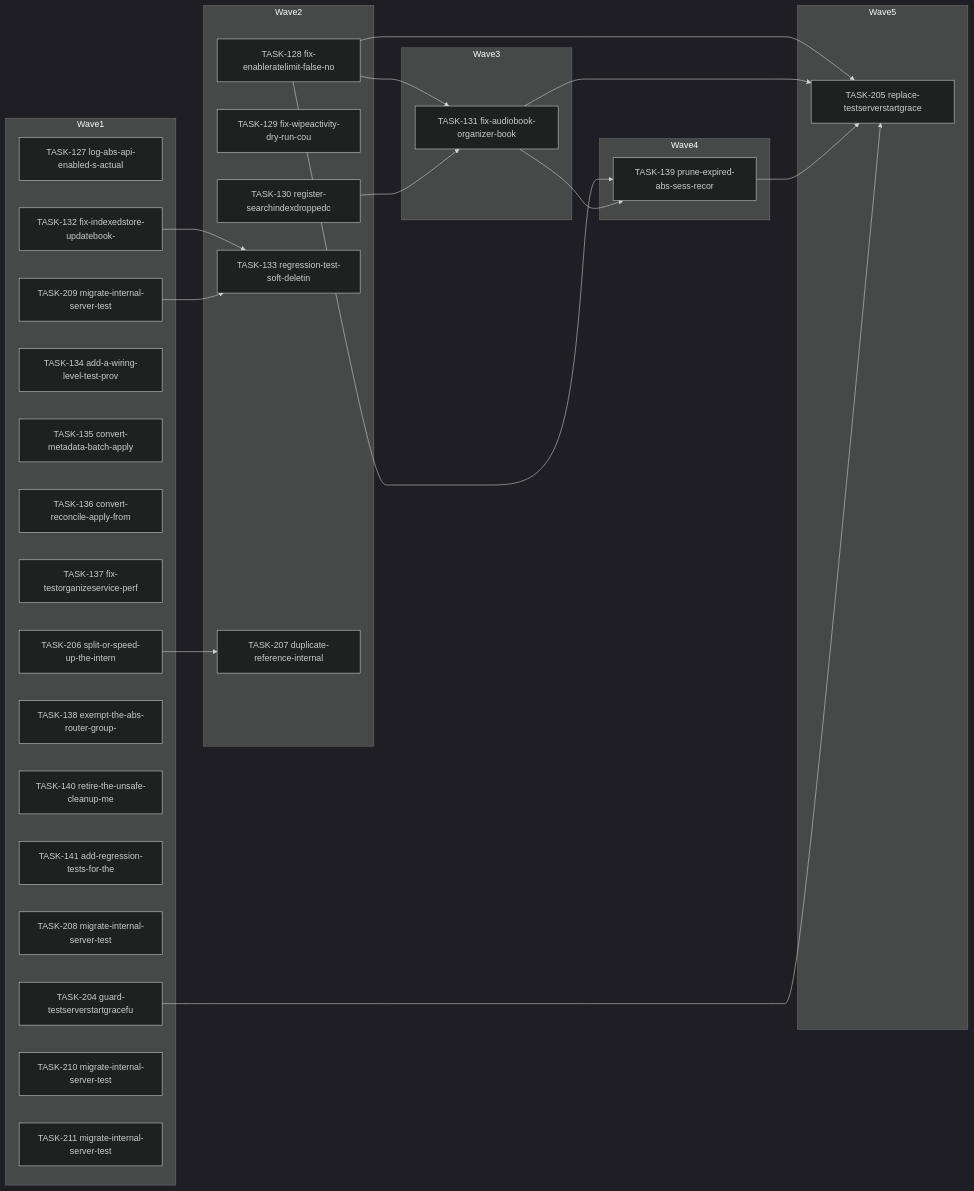
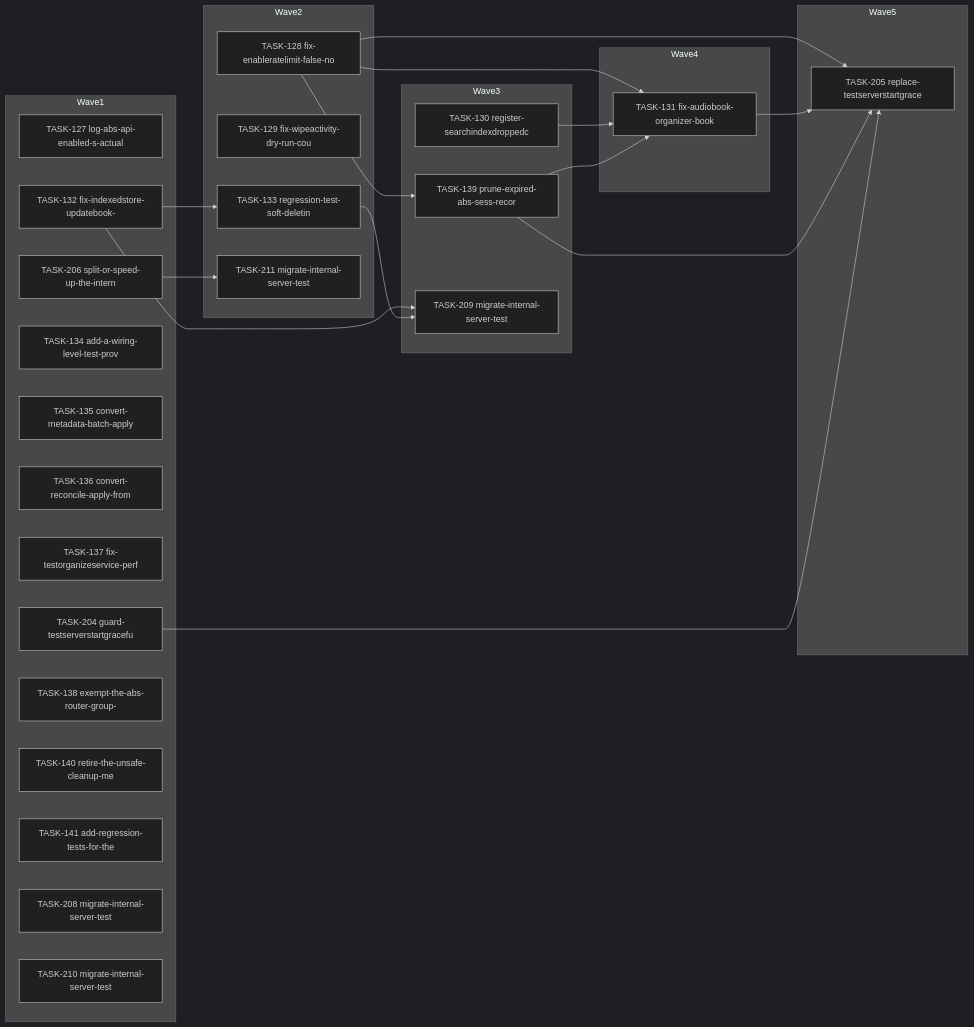
One commit to falkcorp/audiobook-organizer changed the diagram in docs/agent-tasks/todo-completion/server/orchestration.md. Above: the diagram before and after it, drawn with Mermaid (dark theme). The commit also changed other lines of this file and 325 other files, not shown here.

````diff
--- a/docs/agent-tasks/todo-completion/server/orchestration.md
+++ b/docs/agent-tasks/todo-completion/server/orchestration.md
@@ -12,47 +12,47 @@
 ```mermaid
 flowchart LR
     subgraph Wave1
       TASK127[TASK-127 log-abs-api-enabled-s-actual]
       TASK204[TASK-204 guard-testserverstartgracefu]
       TASK132[TASK-132 fix-indexedstore-updatebook-]
       TASK134[TASK-134 add-a-wiring-level-test-prov]
       TASK135[TASK-135 convert-metadata-batch-apply]
       TASK136[TASK-136 convert-reconcile-apply-from]
       TASK137[TASK-137 fix-testorganizeservice-perf]
       TASK206[TASK-206 split-or-speed-up-the-intern]
       TASK138[TASK-138 exempt-the-abs-router-group-]
       TASK140[TASK-140 retire-the-unsafe-cleanup-me]
       TASK141[TASK-141 add-regression-tests-for-the]
       TASK208[TASK-208 migrate-internal-server-test]
-      TASK209[TASK-209 migrate-internal-server-test]
       TASK210[TASK-210 migrate-internal-server-test]
-      TASK211[TASK-211 migrate-internal-server-test]
     end
     subgraph Wave2
       TASK128[TASK-128 fix-enableratelimit-false-no]
       TASK129[TASK-129 fix-wipeactivity-dry-run-cou]
-      TASK130[TASK-130 register-searchindexdroppedc]
       TASK133[TASK-133 regression-test-soft-deletin]
-      TASK207[TASK-207 duplicate-reference-internal]
+      TASK211[TASK-211 migrate-internal-server-test]
     end
     subgraph Wave3
-      TASK131[TASK-131 fix-audiobook-organizer-book]
+      TASK130[TASK-130 register-searchindexdroppedc]
+      TASK139[TASK-139 prune-expired-abs-sess-recor]
+      TASK209[TASK-209 migrate-internal-server-test]
     end
     subgraph Wave4
-      TASK139[TASK-139 prune-expired-abs-sess-recor]
+      TASK131[TASK-131 fix-audiobook-organizer-book]
     end
     subgraph Wave5
       TASK205[TASK-205 replace-testserverstartgrace]
     end
     TASK128 --> TASK131
     TASK128 --> TASK139
     TASK128 --> TASK205
     TASK130 --> TASK131
-    TASK131 --> TASK139
     TASK131 --> TASK205
     TASK132 --> TASK133
+    TASK132 --> TASK209
+    TASK133 --> TASK209
+    TASK139 --> TASK131
     TASK139 --> TASK205
     TASK204 --> TASK205
-    TASK206 --> TASK207
-    TASK209 --> TASK133
+    TASK206 --> TASK211
 ```
````
